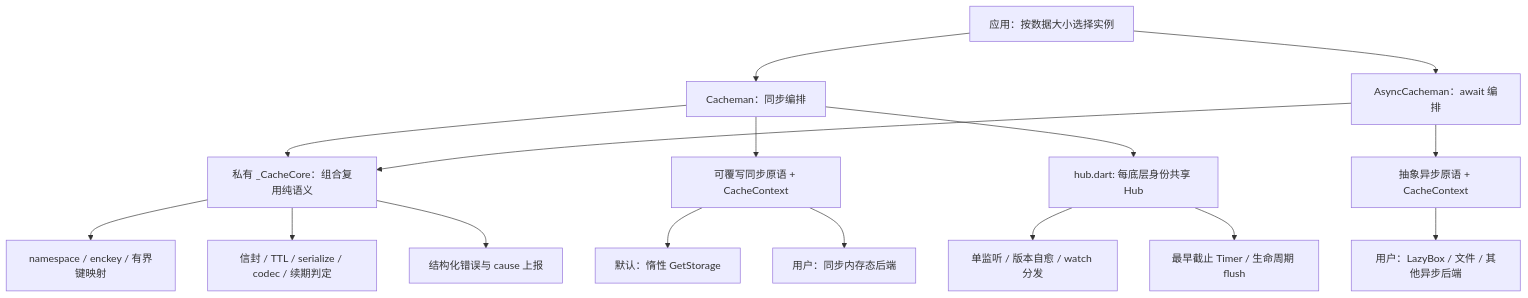
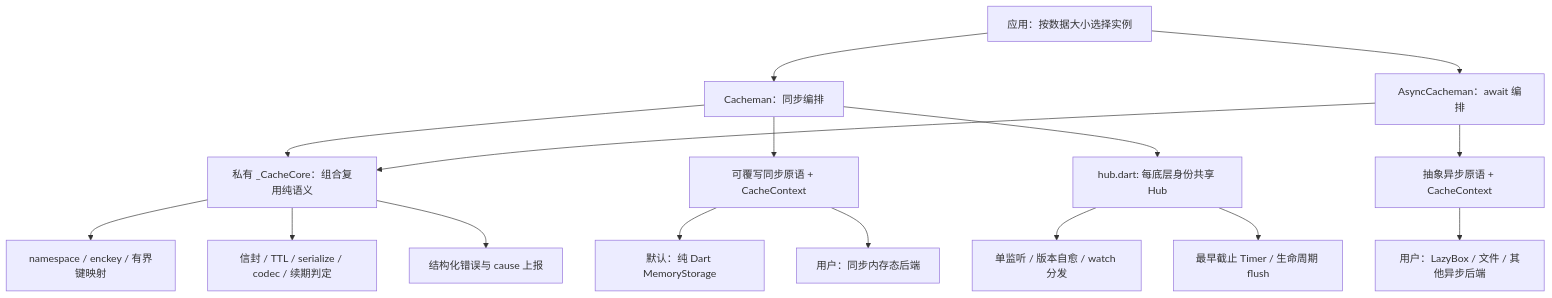
Before and after one commit to icodejoo/dart-labs: the diagram in cacheman/ARCHITECTURE.md, drawn with Mermaid. The commit also changed other lines of this file and 23 other files, not shown here.

First line of the commit message:
feat(cacheman)!: 去掉 get_storage 硬依赖，默认纯 Dart 内存后端，持久化由应用自行接入

````diff
--- a/cacheman/ARCHITECTURE.md
+++ b/cacheman/ARCHITECTURE.md
@@ -10,18 +10,18 @@
 ```mermaid
 flowchart TD
     App[应用：按数据大小选择实例] --> Sync[Cacheman：同步编排]
     App --> Async[AsyncCacheman：await 编排]
     Sync --> Core[私有 _CacheCore：组合复用纯语义]
     Async --> Core
     Core --> Keys[namespace / enckey / 有界键映射]
     Core --> Envelope[信封 / TTL / serialize / codec / 续期判定]
     Core --> Errors[结构化错误与 cause 上报]
     Sync --> SyncRaw[可覆写同步原语 + CacheContext]
     Sync --> Hub[hub.dart: 每底层身份共享 Hub]
     Hub --> Notify[单监听 / 版本自愈 / watch 分发]
     Hub --> Flush[最早截止 Timer / 生命周期 flush]
     Async --> AsyncRaw[抽象异步原语 + CacheContext]
-    SyncRaw --> Default[默认：惰性 GetStorage]
+    SyncRaw --> Default[默认：纯 Dart MemoryStorage]
     SyncRaw --> UserSync[用户：同步内存态后端]
     AsyncRaw --> UserAsync[用户：LazyBox / 文件 / 其他异步后端]
 ```
````
